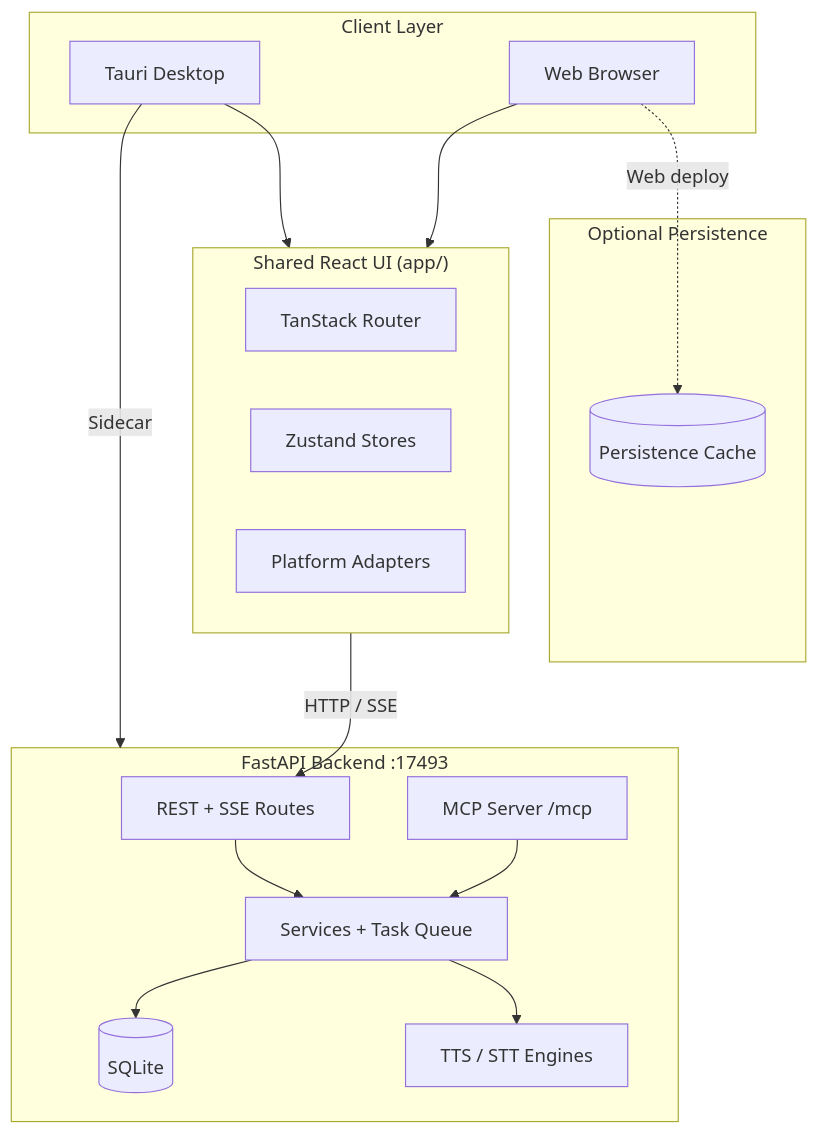
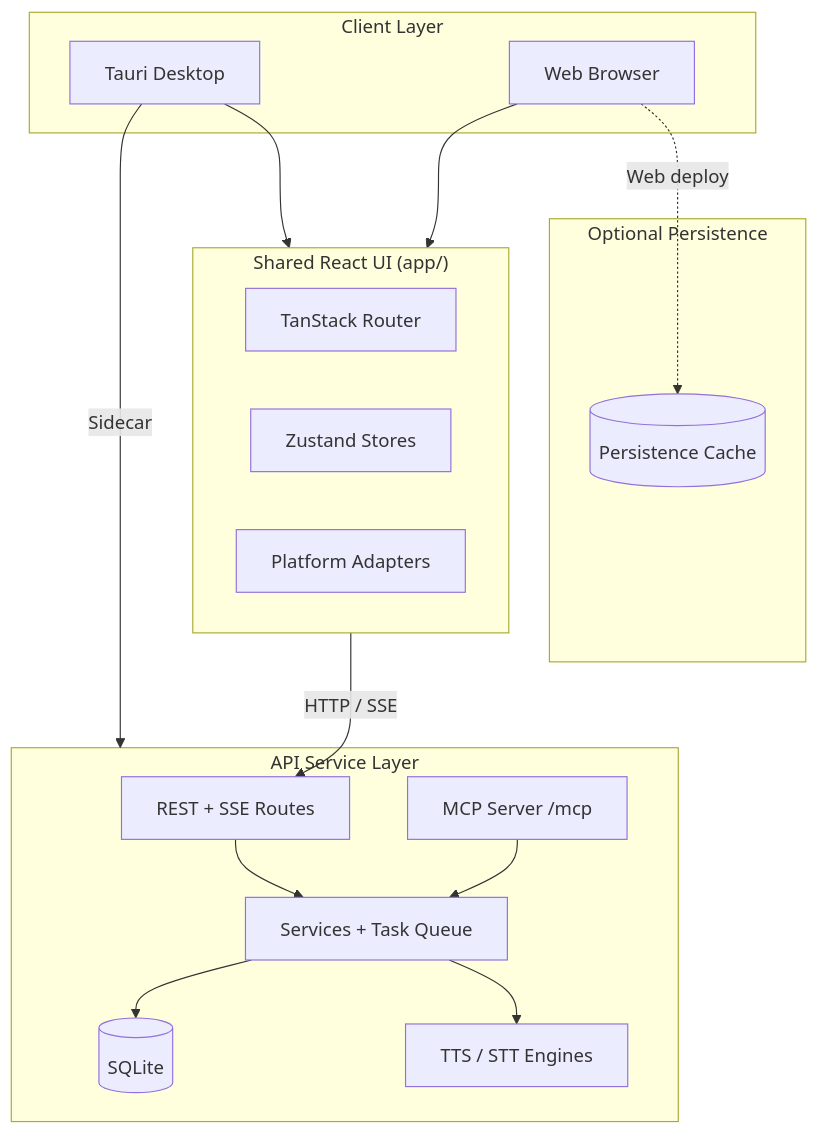
One commit to h1papc11/voice-mcp-agent changed the first of 2 diagrams in README.md. Above: the diagram before and after it, drawn with Mermaid. The commit also changed other lines of this file and 124 other files, not shown here.

````diff
--- a/README.md
+++ b/README.md
@@ -45,34 +45,34 @@
 ```mermaid
 flowchart TB
   subgraph Client["Client Layer"]
     Desktop["Tauri Desktop"]
     Browser["Web Browser"]
   end
 
   subgraph UI["Shared React UI (app/)"]
     Routes["TanStack Router"]
     Stores["Zustand Stores"]
     Platform["Platform Adapters"]
   end
 
-  subgraph Backend["FastAPI Backend :17493"]
+  subgraph Backend["API Service Layer"]
     API["REST + SSE Routes"]
     SVC["Services + Task Queue"]
     ENG["TTS / STT Engines"]
     MCP["MCP Server /mcp"]
     DB[(SQLite)]
   end
 
   subgraph Persist["Optional Persistence"]
     Cache[(Persistence Cache)]
   end
 
   Desktop --> UI
   Browser --> UI
   UI -->|HTTP / SSE| API
   Desktop -->|Sidecar| Backend
   API --> SVC --> ENG
   SVC --> DB
   MCP --> SVC
   Browser -.->|Web deploy| Cache
 ```
````
